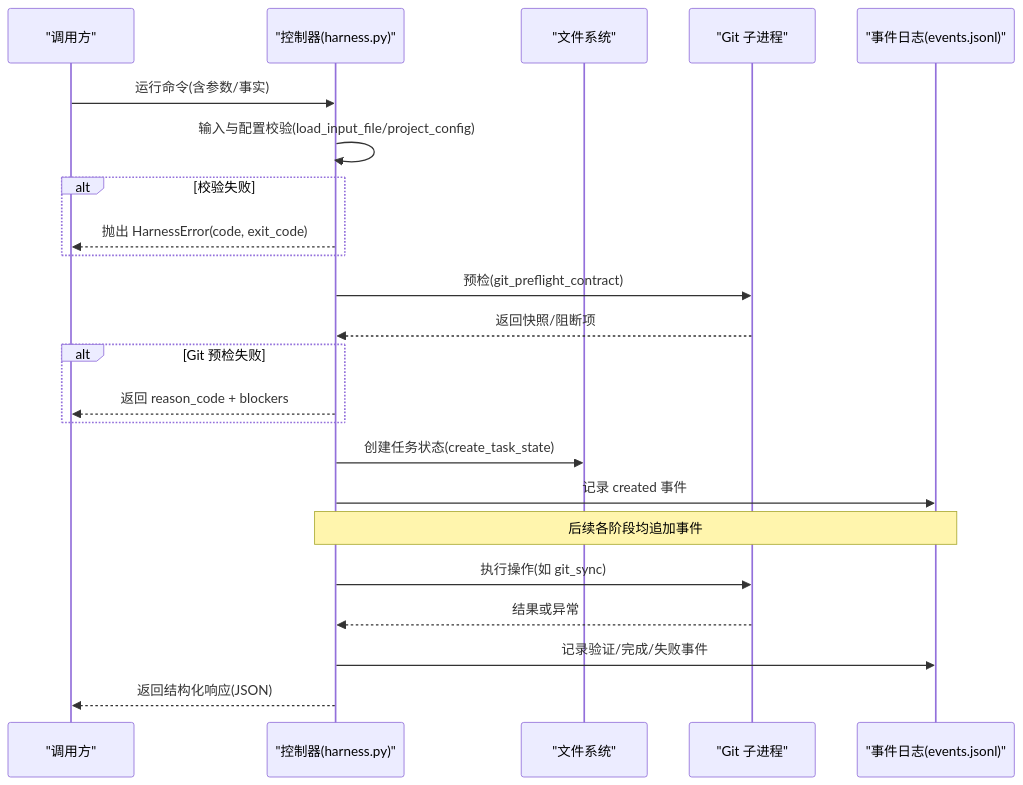
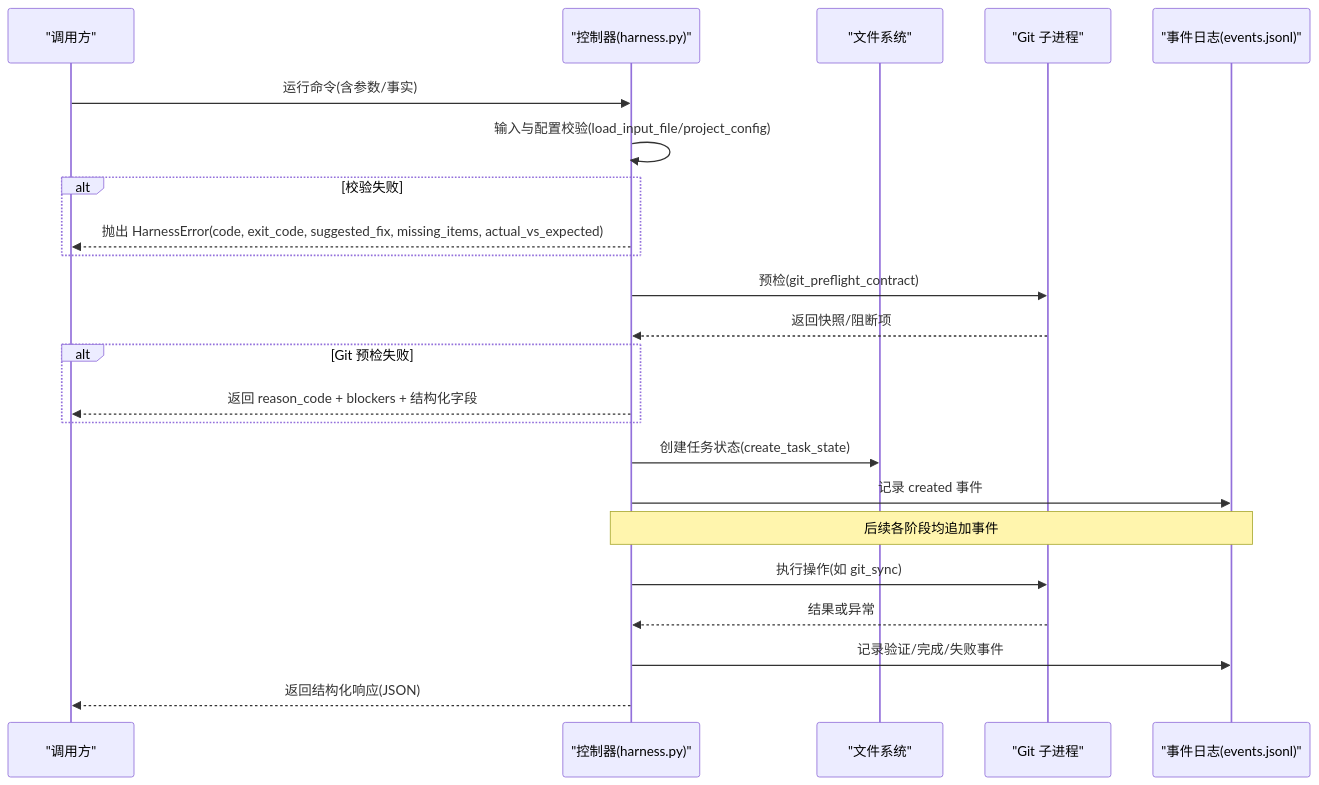
The second of 7 diagrams in .qoder/repowiki/zh/content/任务管理/任务执行引擎/错误处理与恢复.md (HackSing/docs-harness), drawn with Mermaid before and after one commit. The commit also changed other lines of this file and 40 other files, not shown here.

````diff
--- a/.qoder/repowiki/zh/content/任务管理/任务执行引擎/错误处理与恢复.md
+++ b/.qoder/repowiki/zh/content/任务管理/任务执行引擎/错误处理与恢复.md
@@ -74,25 +84,25 @@
 ```mermaid
 sequenceDiagram
 participant CLI as "调用方"
 participant Harness as "控制器(harness.py)"
 participant FS as "文件系统"
 participant Git as "Git 子进程"
 participant Log as "事件日志(events.jsonl)"
 CLI->>Harness : 运行命令(含参数/事实)
 Harness->>Harness : 输入与配置校验(load_input_file/project_config)
 alt 校验失败
-Harness-->>CLI : 抛出 HarnessError(code, exit_code)
+Harness-->>CLI : 抛出 HarnessError(code, exit_code, suggested_fix, missing_items, actual_vs_expected)
 end
 Harness->>Git : 预检(git_preflight_contract)
 Git-->>Harness : 返回快照/阻断项
 alt Git 预检失败
-Harness-->>CLI : 返回 reason_code + blockers
+Harness-->>CLI : 返回 reason_code + blockers + 结构化字段
 end
 Harness->>FS : 创建任务状态(create_task_state)
 Harness->>Log : 记录 created 事件
 Note over Harness,Log : 后续各阶段均追加事件
 Harness->>Git : 执行操作(如 git_sync)
 Git-->>Harness : 结果或异常
 Harness->>Log : 记录验证/完成/失败事件
 Harness-->>CLI : 返回结构化响应(JSON)
 ```
````
